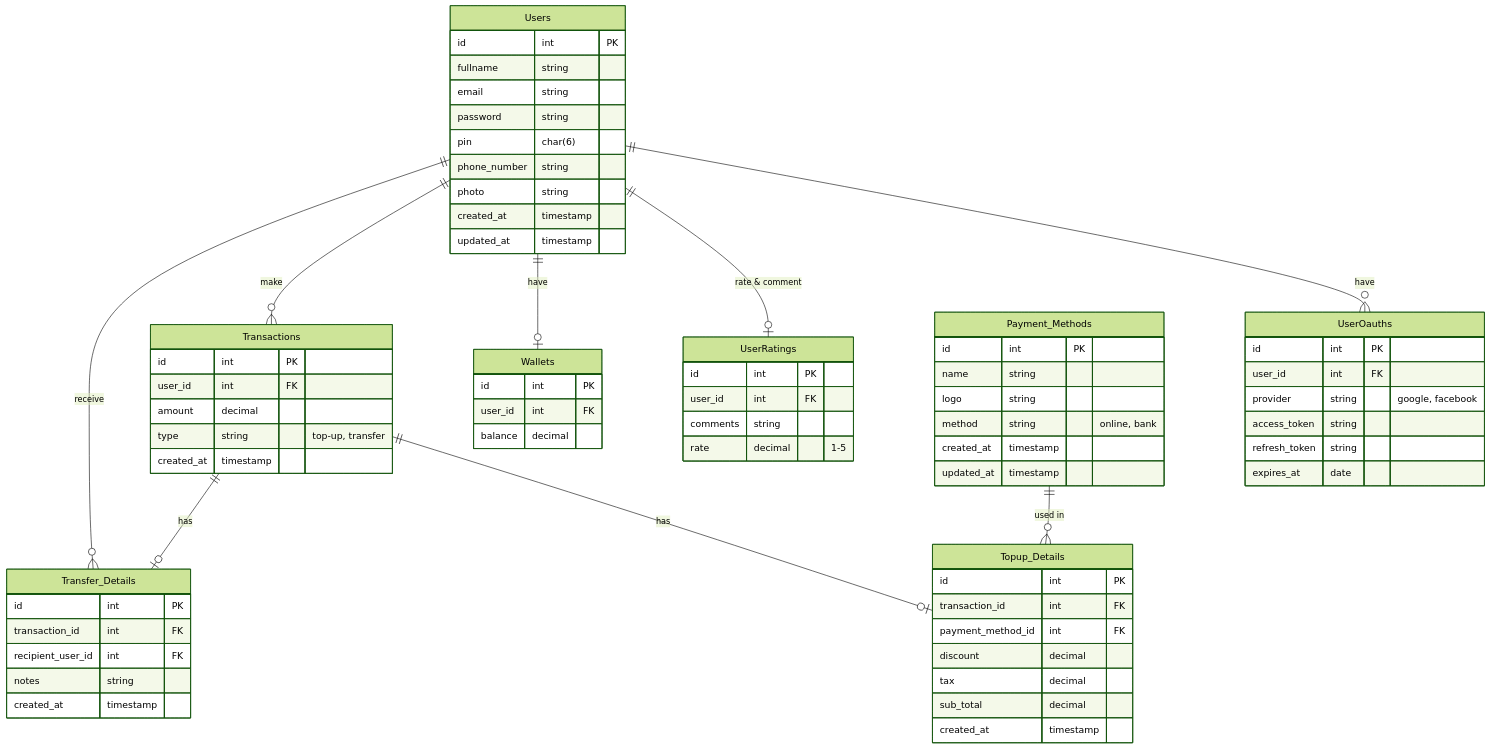
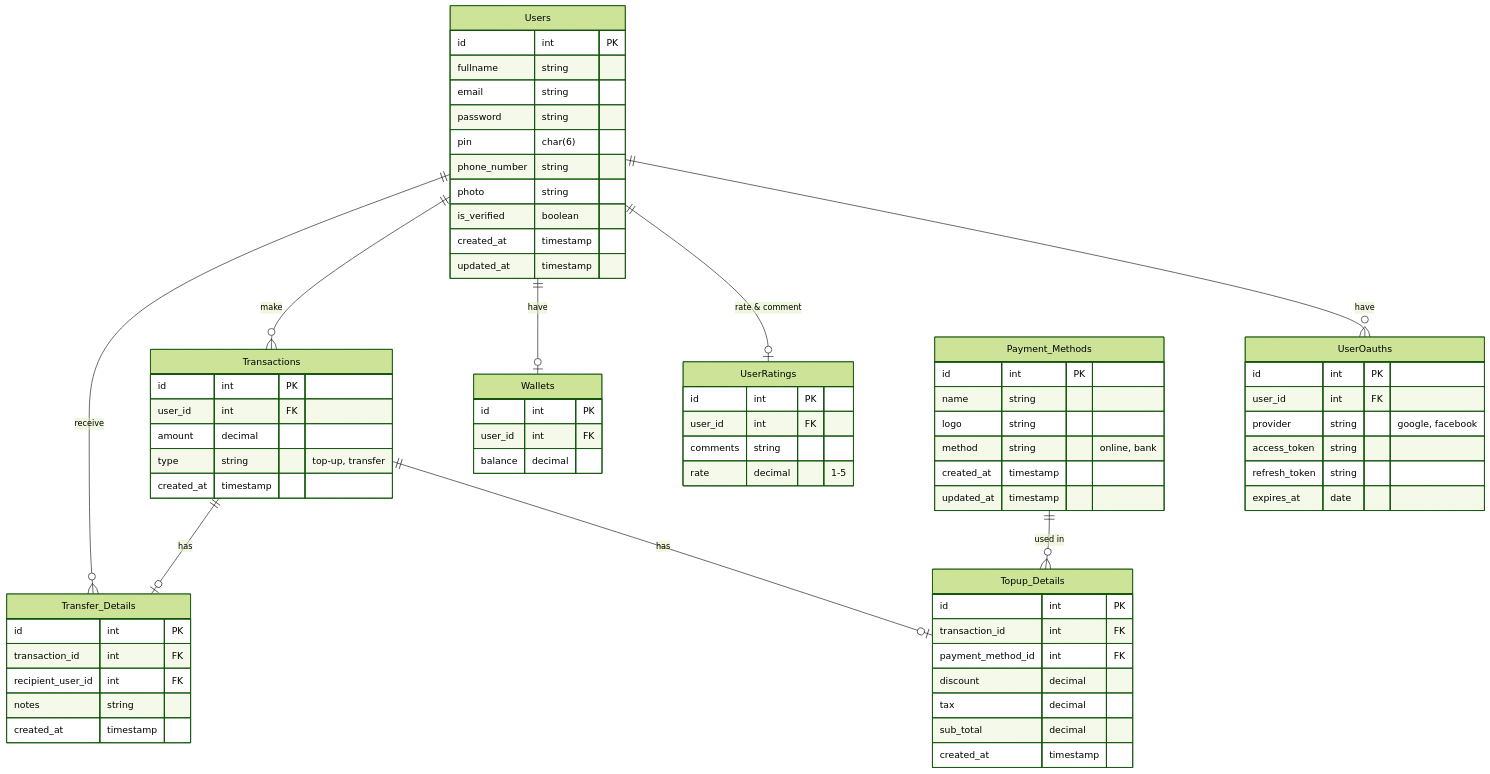
Before and after one commit to anggavb/koda-b7-db: the diagram in README.md, drawn with Mermaid (forest theme). The commit also changed 1 other file, not shown here.

Commit message:
feat(docs): add is_verified field to users table in README and users.sql

````diff
--- a/README.md
+++ b/README.md
@@ -1,73 +1,74 @@
 ```mermaid
 erDiagram
     Users {
         id int PK
         fullname string
         email string
         password string
         pin char(6)
         phone_number string
         photo string
+        is_verified boolean
         created_at timestamp
         updated_at timestamp
     }
     UserOauths {
         id int PK
         user_id int FK
         provider string "google, facebook"
         access_token string
         refresh_token string
         expires_at date
     }
     UserRatings {
         id int PK
         user_id int FK
         comments string
         rate decimal "1-5"
     }
     Wallets {
         id int PK
         user_id int FK
         balance decimal
     }
     Transactions {
         id int PK
         user_id int FK
         amount decimal
         type string "top-up, transfer"
         created_at timestamp
     }
     Payment_Methods {
         id int PK
         name string
         logo string
         method string "online, bank"
         created_at timestamp
         updated_at timestamp
     }
     Topup_Details {
         id int PK
         transaction_id int FK
         payment_method_id int FK
         discount decimal
         tax decimal
         sub_total decimal
         created_at timestamp
     }
     Transfer_Details {
         id int PK
         transaction_id int FK
         recipient_user_id int FK
         notes string
         created_at timestamp
     }
 
     Users ||--o{ UserOauths : have
     Users ||--o| UserRatings : "rate & comment"
     Users ||--o| Wallets : have
     Users ||--o{ Transactions : make
     Users  ||--o{ Transfer_Details : receive
     Payment_Methods ||--o{ Topup_Details : "used in"
     Transactions ||--o| Topup_Details : has
     Transactions ||--o| Transfer_Details : has
 ```
````
